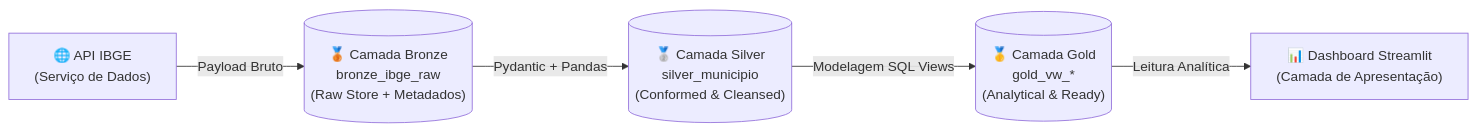
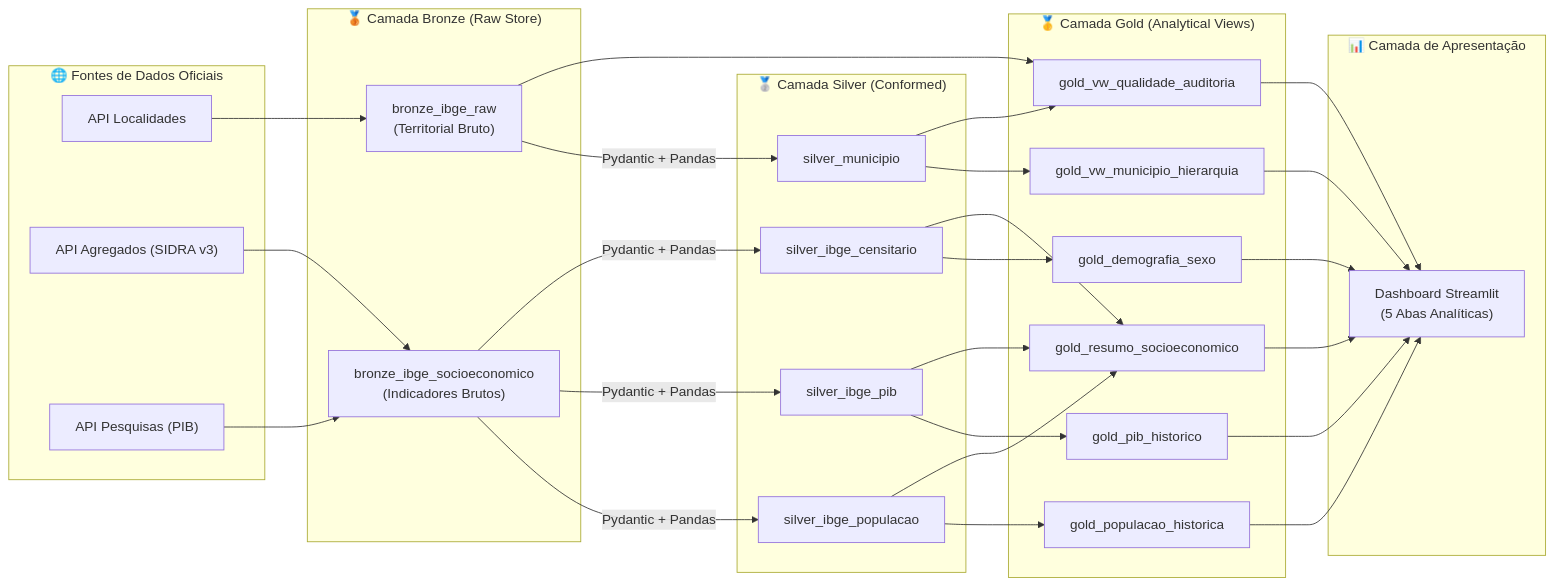
The diagram in docs/architecture.md (Jonesbastos/IBGE_MAUA), drawn with Mermaid before and after one commit. The commit also changed other lines of this file and 8 other files, not shown here.

````diff
--- a/docs/architecture.md
+++ b/docs/architecture.md
@@ -14,7 +14,48 @@
 ```mermaid
 flowchart LR
-    API["🌐 API IBGE<br>(Serviço de Dados)"] -->|Payload Bruto| BRONZE[("🥉 Camada Bronze<br>bronze_ibge_raw<br>(Raw Store + Metadados)")]
-    BRONZE -->|Pydantic + Pandas| SILVER[("🥈 Camada Silver<br>silver_municipio<br>(Conformed & Cleansed)")]
-    SILVER -->|Modelagem SQL Views| GOLD[("🥇 Camada Gold<br>gold_vw_*<br>(Analytical & Ready)")]
-    GOLD -->|Leitura Analítica| UI["📊 Dashboard Streamlit<br>(Camada de Apresentação)"]
+    subgraph Sources ["🌐 Fontes de Dados Oficiais"]
+        LOC["API Localidades"]
+        AGG["API Agregados (SIDRA v3)"]
+        PESQ["API Pesquisas (PIB)"]
+    end
+
+    subgraph Bronze ["🥉 Camada Bronze (Raw Store)"]
+        B_RAW["bronze_ibge_raw<br>(Territorial Bruto)"]
+        B_SOC["bronze_ibge_socioeconomico<br>(Indicadores Brutos)"]
+    end
+
+    subgraph Silver ["🥈 Camada Silver (Conformed)"]
+        S_MUN["silver_municipio"]
+        S_POP["silver_ibge_populacao"]
+        S_PIB["silver_ibge_pib"]
+        S_CENS["silver_ibge_censitario"]
+    end
+
+    subgraph Gold ["🥇 Camada Gold (Analytical Views)"]
+        G_HIER["gold_vw_municipio_hierarquia"]
+        G_AUD["gold_vw_qualidade_auditoria"]
+        G_POP["gold_populacao_historica"]
+        G_PIB["gold_pib_historico"]
+        G_DEMO["gold_demografia_sexo"]
+        G_RES["gold_resumo_socioeconomico"]
+    end
+
+    subgraph UI ["📊 Camada de Apresentação"]
+        DASH["Dashboard Streamlit<br>(5 Abas Analíticas)"]
+    end
+
+    LOC --> B_RAW
+    AGG & PESQ --> B_SOC
+
+    B_RAW -->|Pydantic + Pandas| S_MUN
+    B_SOC -->|Pydantic + Pandas| S_POP & S_PIB & S_CENS
+
+    S_MUN --> G_HIER
+    S_MUN & B_RAW --> G_AUD
+    S_POP --> G_POP
+    S_PIB --> G_PIB
+    S_CENS --> G_DEMO
+    S_POP & S_PIB & S_CENS --> G_RES
+
+    G_HIER & G_AUD & G_POP & G_PIB & G_DEMO & G_RES --> DASH
 ```
````
